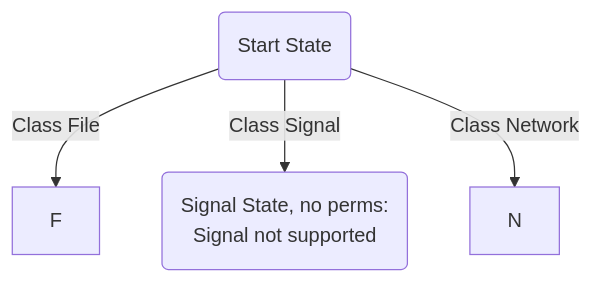
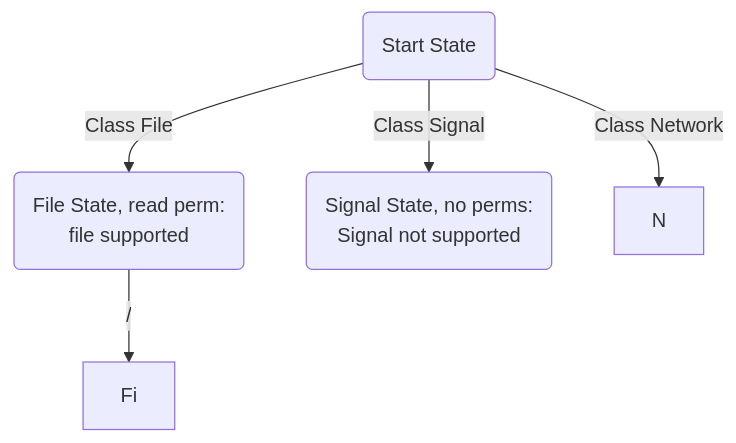
One commit to youngker/apparmor-wiki changed the diagram in AppArmorFeatureABI.md. Above: the diagram before and after it, drawn with Mermaid.

Commit message:
Update AppArmorFeatureABI

````diff
--- a/AppArmorFeatureABI.md
+++ b/AppArmorFeatureABI.md
@@ -144,6 +144,7 @@
 ```mermaid
 graph TD;
   A(Start State) --> |Class File| F;
   A --> |Class Signal| S(Signal State, no perms:<br> Signal not supported);
   A --> |Class Network| N;
+  F(File State, read perm:<br> file supported) --> |/| Fi;
 ```
````
